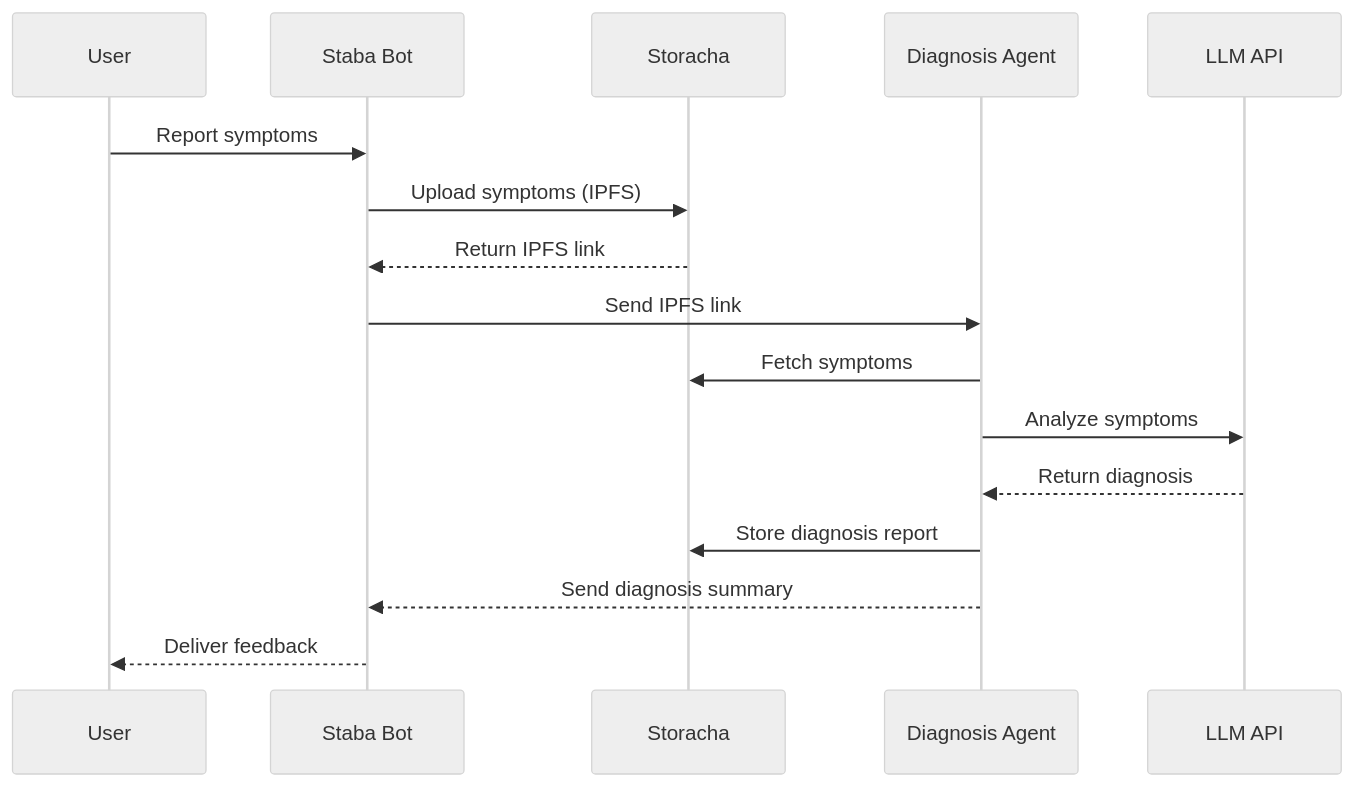
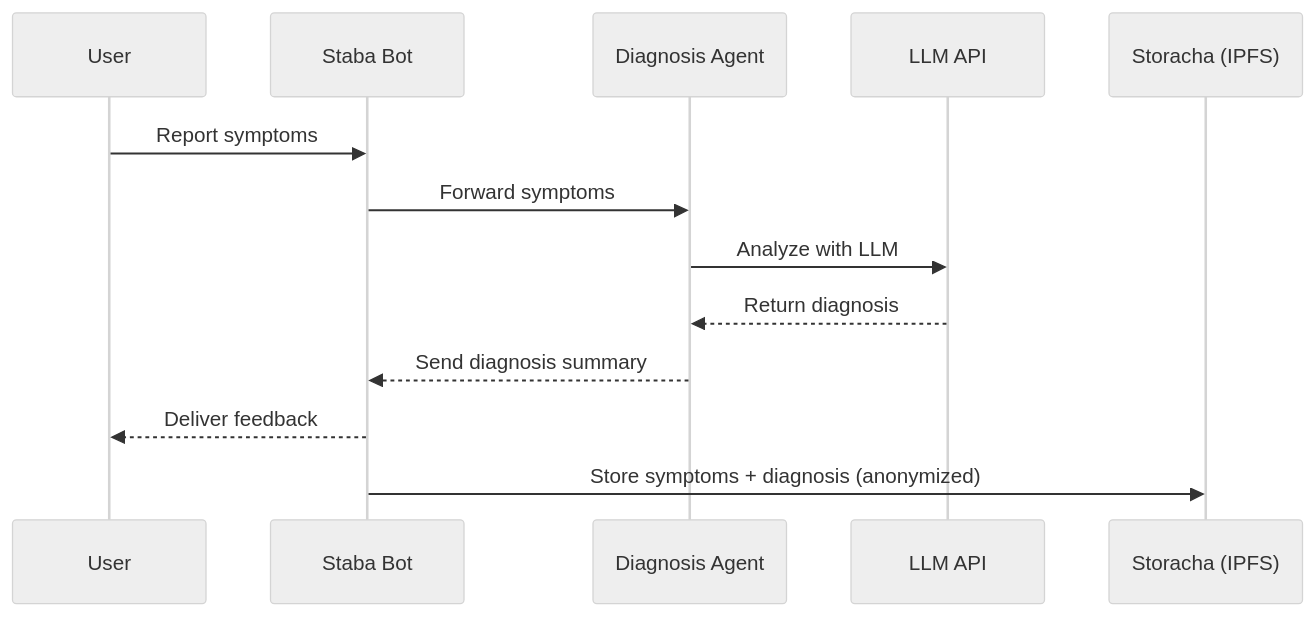
The second of 2 diagrams in README.md (Fatumayattani/staba), drawn with Mermaid (neutral theme) before and after one commit. The commit also changed other lines of this file, not shown here.

````diff
--- a/README.md
+++ b/README.md
@@ -50,19 +191,16 @@
 ```mermaid
 sequenceDiagram
     participant U as User
     participant B as Staba Bot
-    participant S as Storacha
     participant D as Diagnosis Agent
     participant L as LLM API
+    participant S as Storacha (IPFS)
 
     U->>B: Report symptoms
-    B->>S: Upload symptoms (IPFS)
-    S-->>B: Return IPFS link
-    B->>D: Send IPFS link
-    D->>S: Fetch symptoms
-    D->>L: Analyze symptoms
+    B->>D: Forward symptoms
+    D->>L: Analyze with LLM
     L-->>D: Return diagnosis
-    D->>S: Store diagnosis report
     D-->>B: Send diagnosis summary
     B-->>U: Deliver feedback
+    B->>S: Store symptoms + diagnosis (anonymized)
 ```
````
